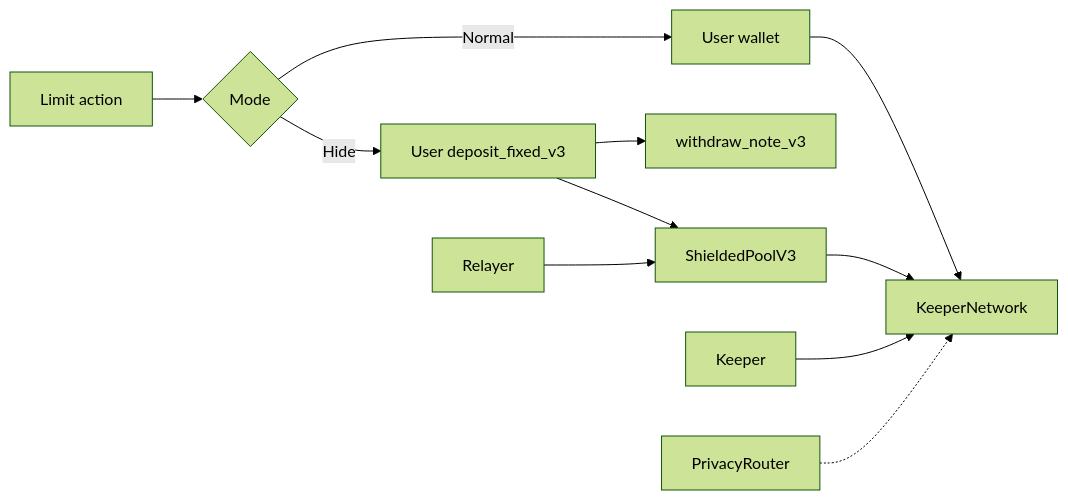
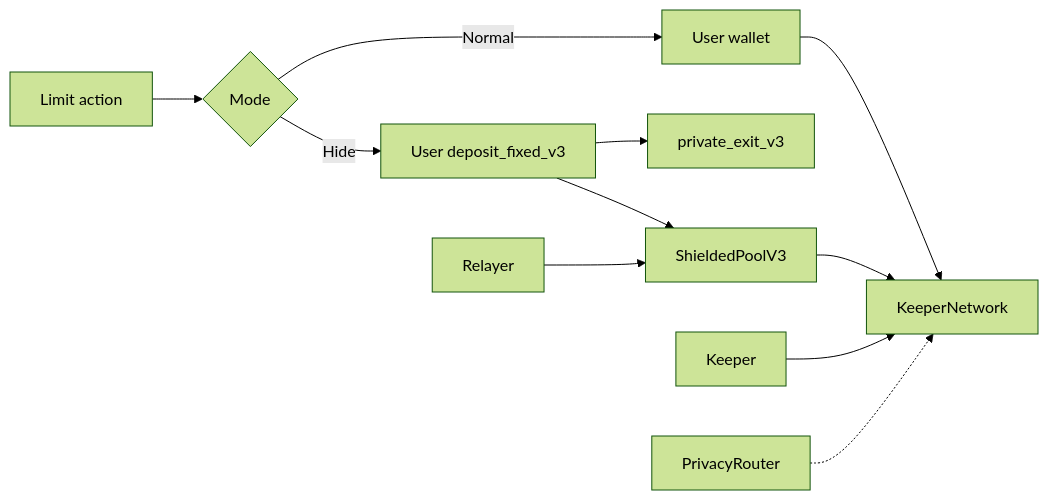
The third of 5 diagrams in smartcontract/README.md (ntfound-dev/zkcarel_protocol), drawn with Mermaid (forest theme) before and after one commit. The commit also changed other lines of this file and 19 other files, not shown here.

````diff
--- a/smartcontract/README.md
+++ b/smartcontract/README.md
@@ -152,13 +152,13 @@
 ```mermaid
 flowchart LR
   A[Limit action] --> B{Mode}
   B -->|Normal| U[User wallet]
   U --> LOB[KeeperNetwork]
   B -->|Hide| NOTE[User deposit_fixed_v3]
-  NOTE --> WD[withdraw_note_v3]
+  NOTE --> EXIT[private_exit_v3]
   NOTE --> EXEC[ShieldedPoolV3]
   R[Relayer] --> EXEC
   EXEC --> LOB
   K[Keeper] --> LOB
   PRIV[PrivacyRouter] -.-> LOB
 ```
````
